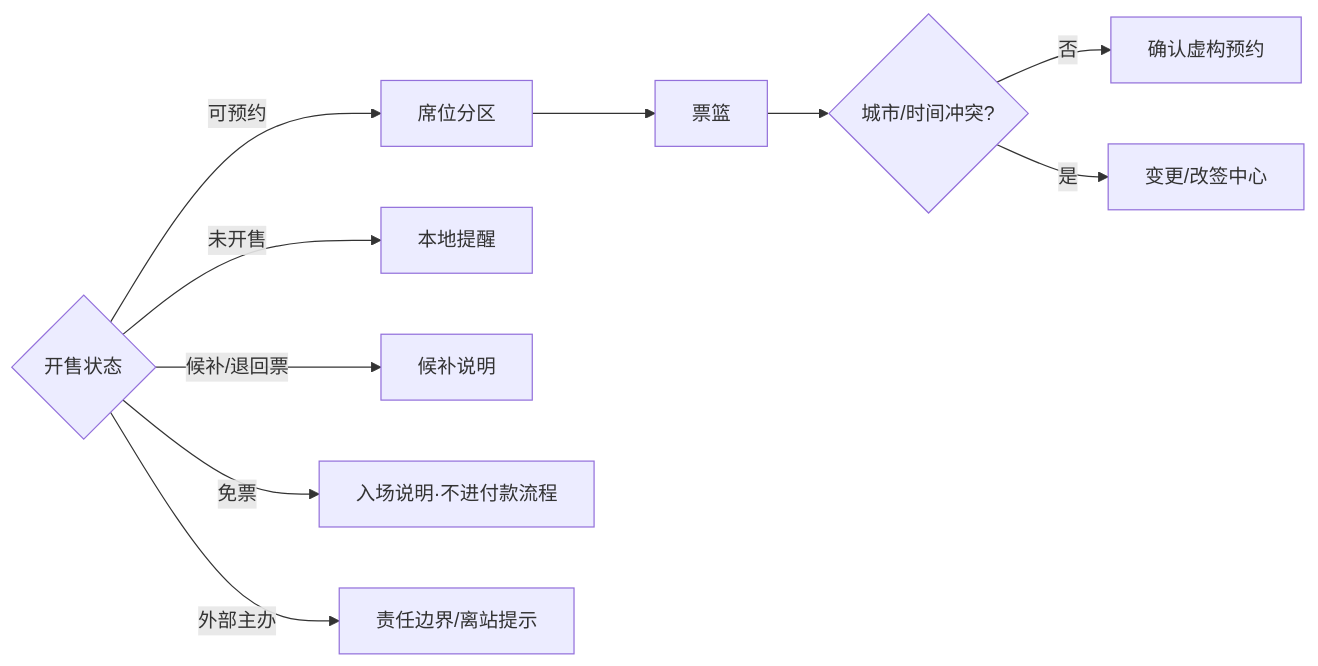
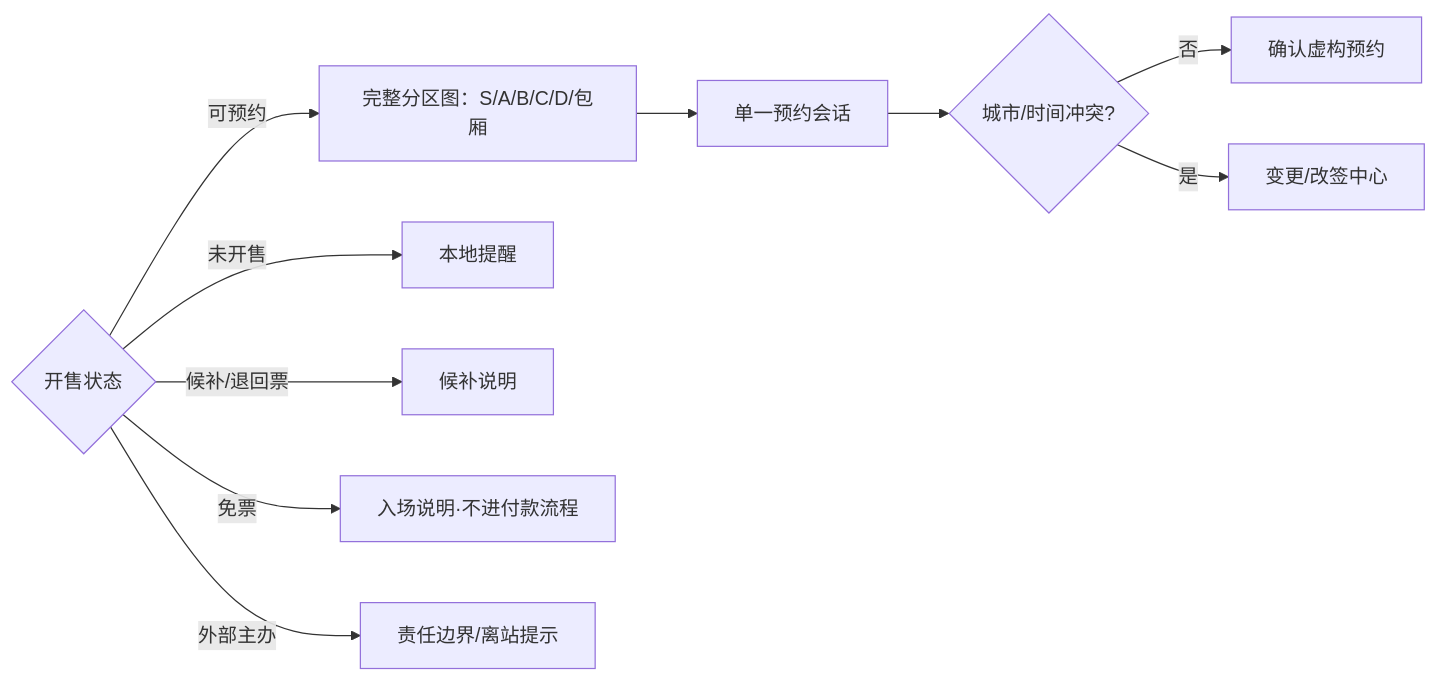
One commit to Selloryebir/crimson_troupe changed the diagram in docs/blueprint/03_journeys/maps/03_票务状态与票篮.mmd. Above: the diagram before and after it, drawn with Mermaid. The commit also changed 26 other files, not shown here.

```diff
--- a/docs/blueprint/03_journeys/maps/03_票务状态与票篮.mmd
+++ b/docs/blueprint/03_journeys/maps/03_票务状态与票篮.mmd
@@ -1,10 +1,10 @@
 flowchart LR
-  CTA{开售状态} -->|可预约| Seat[席位分区]
+  CTA{开售状态} -->|可预约| Seat[完整分区图：S/A/B/C/D/包厢]
   CTA -->|未开售| Alert[本地提醒]
   CTA -->|候补/退回票| Wait[候补说明]
   CTA -->|免票| Free[入场说明·不进付款流程]
   CTA -->|外部主办| External[责任边界/离站提示]
-  Seat --> Basket[票篮]
+  Seat --> Basket[单一预约会话]
   Basket --> Conflict{城市/时间冲突?}
   Conflict -->|否| Confirm[确认虚构预约]
   Conflict -->|是| Changes[变更/改签中心]
```
